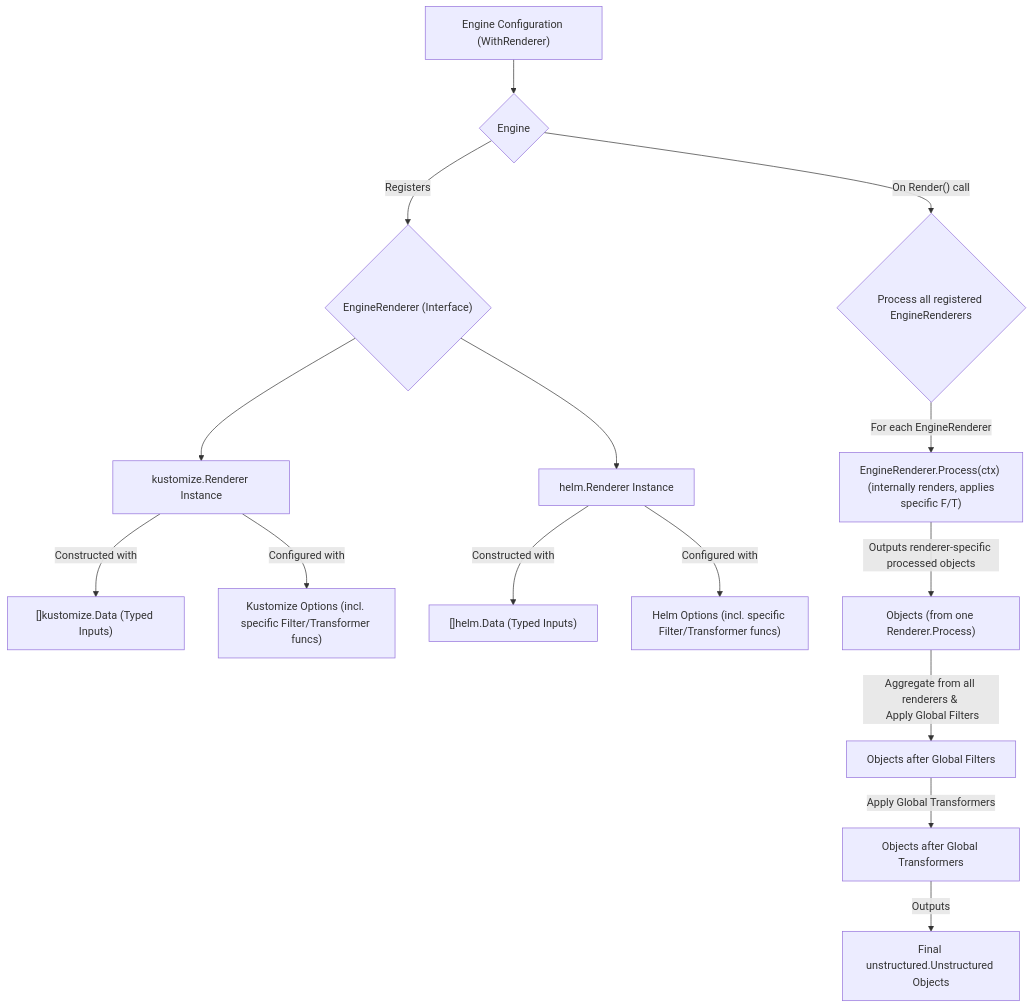
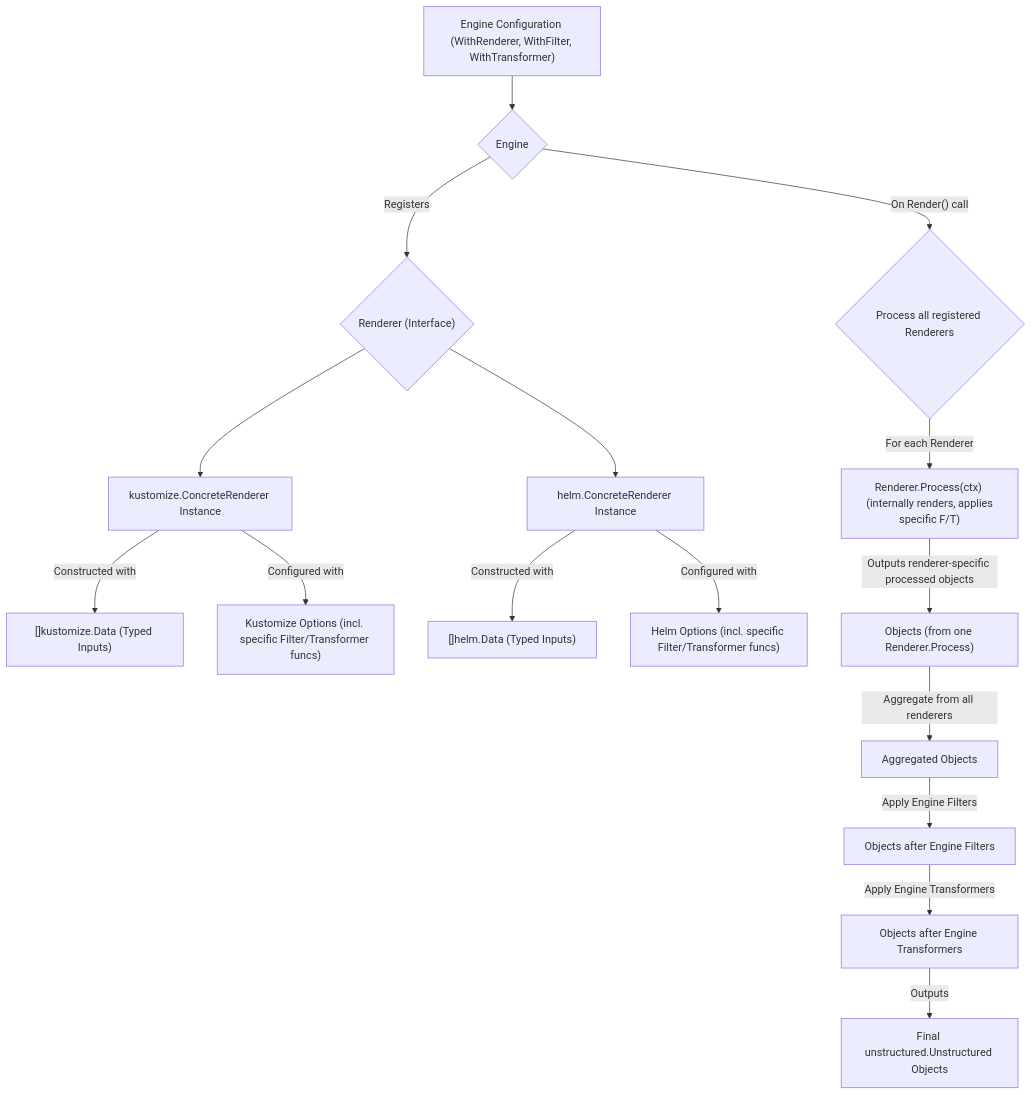
The diagram in docs/design.adoc (lburgazzoli/k8s-manifests-lib), drawn with Mermaid before and after one commit. The commit also changed other lines of this file, not shown here.

```diff
--- a/docs/design.adoc
+++ b/docs/design.adoc
@@ -15,18 +15,19 @@
 [mermaid]
 ----
 graph TD
-    A["Engine Configuration (WithRenderer)"] --> B{Engine};
-    B -- "Registers" --> C_ER{"EngineRenderer (Interface)"};
-    C_ER --> KR["kustomize.Renderer Instance"];
+    A["Engine Configuration (WithRenderer, WithFilter, WithTransformer)"] --> B{Engine};
+    B -- "Registers" --> C_R{"Renderer (Interface)"};
+    C_R --> KR["kustomize.ConcreteRenderer Instance"];
     KR -- "Constructed with" --> KData["[]kustomize.Data (Typed Inputs)"];
     KR -- "Configured with" --> KOpts["Kustomize Options (incl. specific Filter/Transformer funcs)"];
-    C_ER --> HR["helm.Renderer Instance"];
+    C_R --> HR["helm.ConcreteRenderer Instance"];
     HR -- "Constructed with" --> HData["[]helm.Data (Typed Inputs)"];
     HR -- "Configured with" --> HOpts["Helm Options (incl. specific Filter/Transformer funcs)"];
-    B -- "On Render() call" --> D{"Process all registered EngineRenderers"};
-    D -- "For each EngineRenderer" --> ER_P["EngineRenderer.Process(ctx) \n (internally renders, applies specific F/T)"];
-    ER_P -- "Outputs renderer-specific processed objects" --> F1_ProcessedOutput["Objects (from one Renderer.Process)"];
-    F1_ProcessedOutput -- "Aggregate from all renderers & \n Apply Global Filters" --> G2_GlobalFiltered["Objects after Global Filters"];
-    G2_GlobalFiltered -- "Apply Global Transformers" --> H2_GlobalTransformed["Objects after Global Transformers"];
-    H2_GlobalTransformed -- "Outputs" --> I_FinalOutput["Final unstructured.Unstructured Objects"];
+    B -- "On Render() call" --> D{"Process all registered Renderers"};
+    D -- "For each Renderer" --> R_P["Renderer.Process(ctx) \n (internally renders, applies specific F/T)"];
+    R_P -- "Outputs renderer-specific processed objects" --> F1_ProcessedOutput["Objects (from one Renderer.Process)"];
+    F1_ProcessedOutput -- "Aggregate from all renderers" --> AGG["Aggregated Objects"];
+    AGG -- "Apply Engine Filters" --> G2_EngineFiltered["Objects after Engine Filters"];
+    G2_EngineFiltered -- "Apply Engine Transformers" --> H2_EngineTransformed["Objects after Engine Transformers"];
+    H2_EngineTransformed -- "Outputs" --> I_FinalOutput["Final unstructured.Unstructured Objects"];
 ----
```
